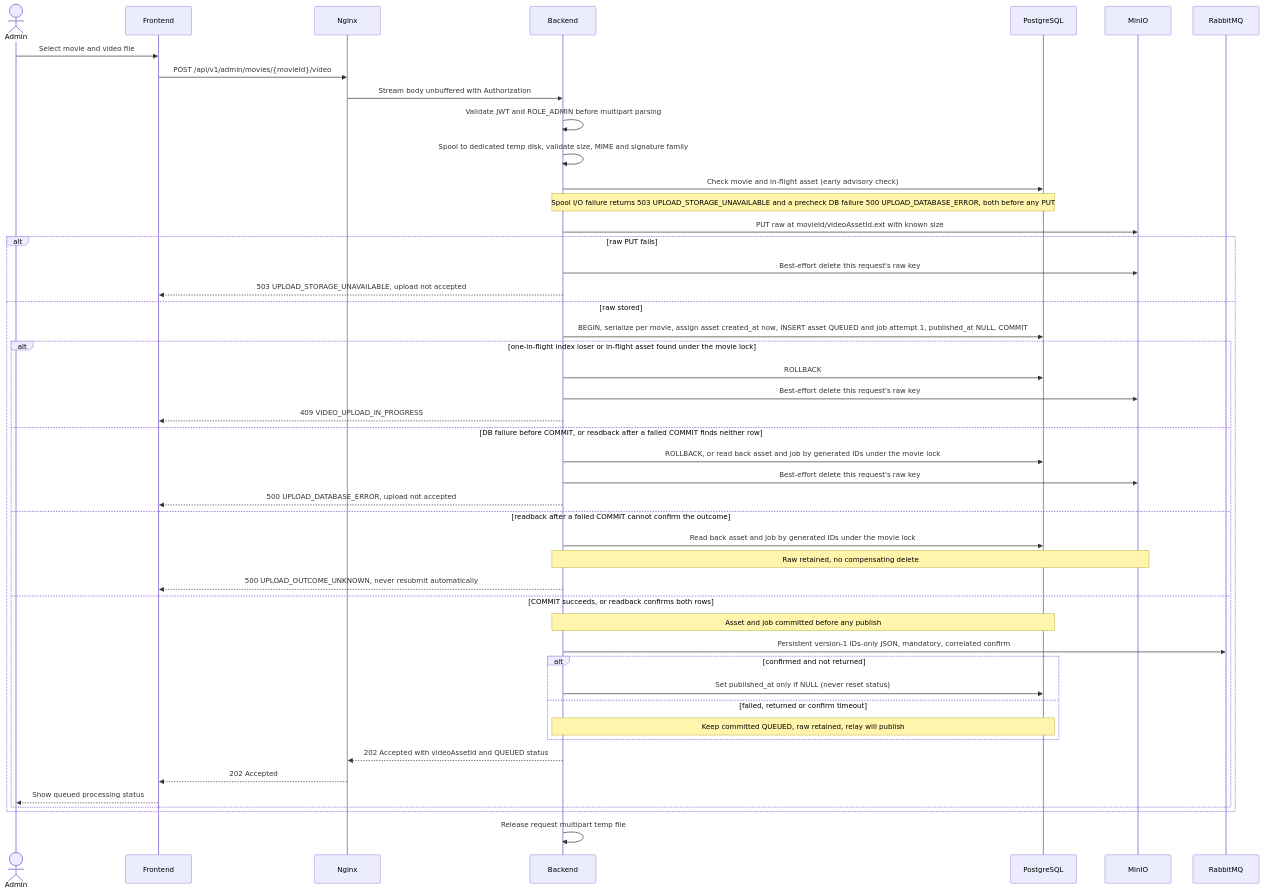
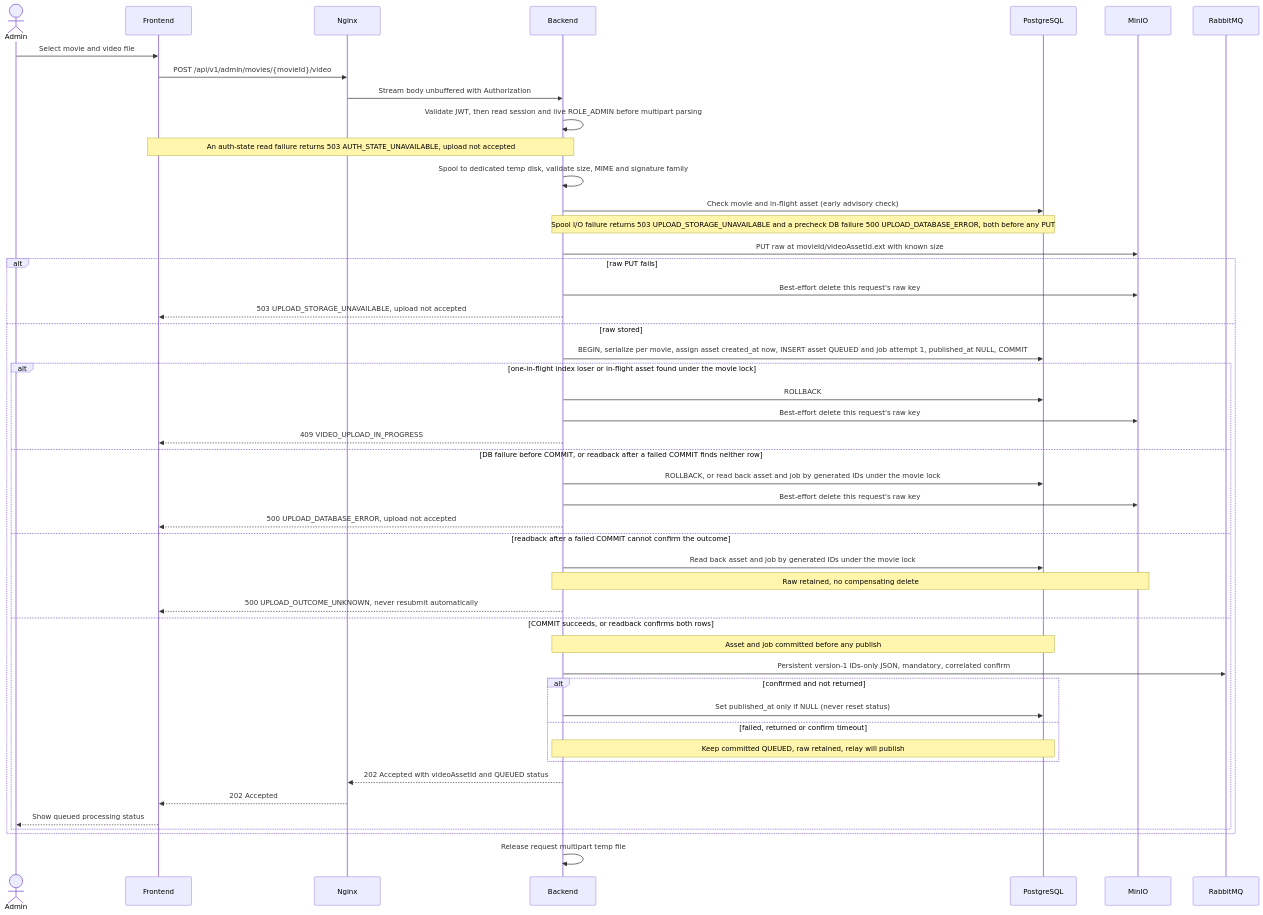
Before and after one commit to Duyphanb/Self-hosted-VoD-Platform: the first of 9 diagrams in docs/architecture/SEQUENCE-DIAGRAMS.md, drawn with Mermaid. The commit also changed other lines of this file and 86 other files, not shown here.

````diff
--- a/docs/architecture/SEQUENCE-DIAGRAMS.md
+++ b/docs/architecture/SEQUENCE-DIAGRAMS.md
@@ -9,50 +9,51 @@
 ```mermaid
 sequenceDiagram
     actor Admin
     participant Frontend
     participant Nginx
     participant Backend
     participant PostgreSQL
     participant MinIO
     participant RabbitMQ
 
     Admin->>Frontend: Select movie and video file
     Frontend->>Nginx: POST /api/v1/admin/movies/{movieId}/video
     Nginx->>Backend: Stream body unbuffered with Authorization
-    Backend->>Backend: Validate JWT and ROLE_ADMIN before multipart parsing
+    Backend->>Backend: Validate JWT, then read session and live ROLE_ADMIN before multipart parsing
+    Note over Frontend,Backend: An auth-state read failure returns 503 AUTH_STATE_UNAVAILABLE, upload not accepted
     Backend->>Backend: Spool to dedicated temp disk, validate size, MIME and signature family
     Backend->>PostgreSQL: Check movie and in-flight asset (early advisory check)
     Note over Backend,PostgreSQL: Spool I/O failure returns 503 UPLOAD_STORAGE_UNAVAILABLE and a precheck DB failure 500 UPLOAD_DATABASE_ERROR, both before any PUT
     Backend->>MinIO: PUT raw at movieId/videoAssetId.ext with known size
     alt raw PUT fails
         Backend->>MinIO: Best-effort delete this request's raw key
         Backend-->>Frontend: 503 UPLOAD_STORAGE_UNAVAILABLE, upload not accepted
     else raw stored
         Backend->>PostgreSQL: BEGIN, serialize per movie, assign asset created_at now, INSERT asset QUEUED and job attempt 1, published_at NULL, COMMIT
         alt one-in-flight index loser or in-flight asset found under the movie lock
             Backend->>PostgreSQL: ROLLBACK
             Backend->>MinIO: Best-effort delete this request's raw key
             Backend-->>Frontend: 409 VIDEO_UPLOAD_IN_PROGRESS
         else DB failure before COMMIT, or readback after a failed COMMIT finds neither row
             Backend->>PostgreSQL: ROLLBACK, or read back asset and job by generated IDs under the movie lock
             Backend->>MinIO: Best-effort delete this request's raw key
             Backend-->>Frontend: 500 UPLOAD_DATABASE_ERROR, upload not accepted
         else readback after a failed COMMIT cannot confirm the outcome
             Backend->>PostgreSQL: Read back asset and job by generated IDs under the movie lock
             Note over Backend,MinIO: Raw retained, no compensating delete
             Backend-->>Frontend: 500 UPLOAD_OUTCOME_UNKNOWN, never resubmit automatically
         else COMMIT succeeds, or readback confirms both rows
             Note over Backend,PostgreSQL: Asset and job committed before any publish
             Backend->>RabbitMQ: Persistent version-1 IDs-only JSON, mandatory, correlated confirm
             alt confirmed and not returned
                 Backend->>PostgreSQL: Set published_at only if NULL (never reset status)
             else failed, returned or confirm timeout
                 Note over Backend,PostgreSQL: Keep committed QUEUED, raw retained, relay will publish
             end
             Backend-->>Nginx: 202 Accepted with videoAssetId and QUEUED status
             Nginx-->>Frontend: 202 Accepted
             Frontend-->>Admin: Show queued processing status
         end
     end
     Backend->>Backend: Release request multipart temp file
 ```
````
